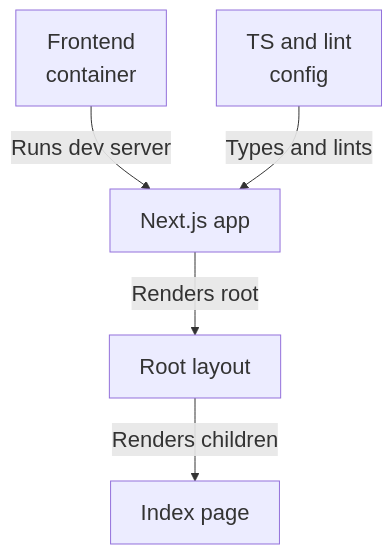
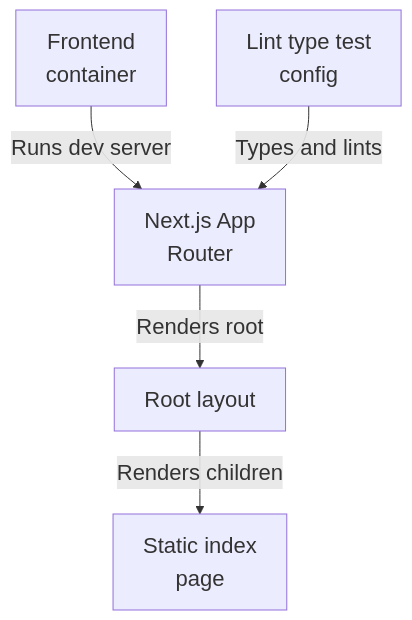
One commit to Justin-Mendoza/Afterclass changed the first of 3 diagrams in maps/frontend/README.md. Above: the diagram before and after it, drawn with Mermaid. The commit also changed other lines of this file and 83 other files, not shown here.

````diff
--- a/maps/frontend/README.md
+++ b/maps/frontend/README.md
@@ -23,13 +23,13 @@
 ```mermaid
 %%{init: {"themeVariables": {"fontSize": "22px"}}}%%
 flowchart TD
   n0["Frontend<br/>container"]
-  n1["Next.js app"]
+  n1["Next.js App<br/>Router"]
   n2["Root layout"]
-  n3["Index page"]
-  n4["TS and lint<br/>config"]
+  n3["Static index<br/>page"]
+  n4["Lint type test<br/>config"]
   n0 -->|"Runs dev server"| n1
   n1 -->|"Renders root"| n2
   n2 -->|"Renders children"| n3
   n4 -->|"Types and lints"| n1
 ```
````
